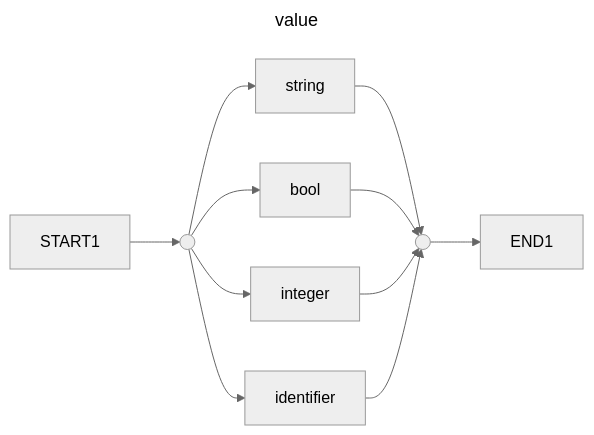
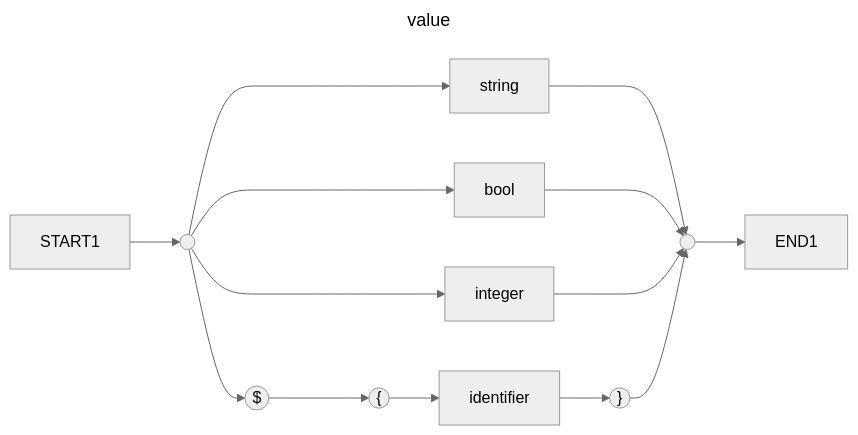
Diagram 14 of 15 in README.md (rchuk/markerml), drawn with Mermaid (neutral theme) before and after one commit. The commit also changed other lines of this file, not shown here.

````diff
--- a/README.md
+++ b/README.md
@@ -673,32 +659,38 @@
 ```mermaid
 ---
 title: value
 ---
 graph LR;
     START1:::hidden
     END1:::hidden
     START(( ))
     END(( ))
     
     string
     bool
     integer
     identifier
+    dollar(($))
+    open(("{"))
+    close(("}"))
     
     %% 
     START1 --> START
     
     %% 
     START --> string
     START --> bool
     START --> integer
-    START --> identifier
+    START --> dollar
     
-    string --> END
-    bool --> END
-    integer --> END
-    identifier --> END
+    string ---> END
+    bool ---> END
+    integer ---> END
+    dollar ---> open
+    open --> identifier
+    identifier --> close
+    close --> END
     
     %% 
     END --> END1
 ```
````
